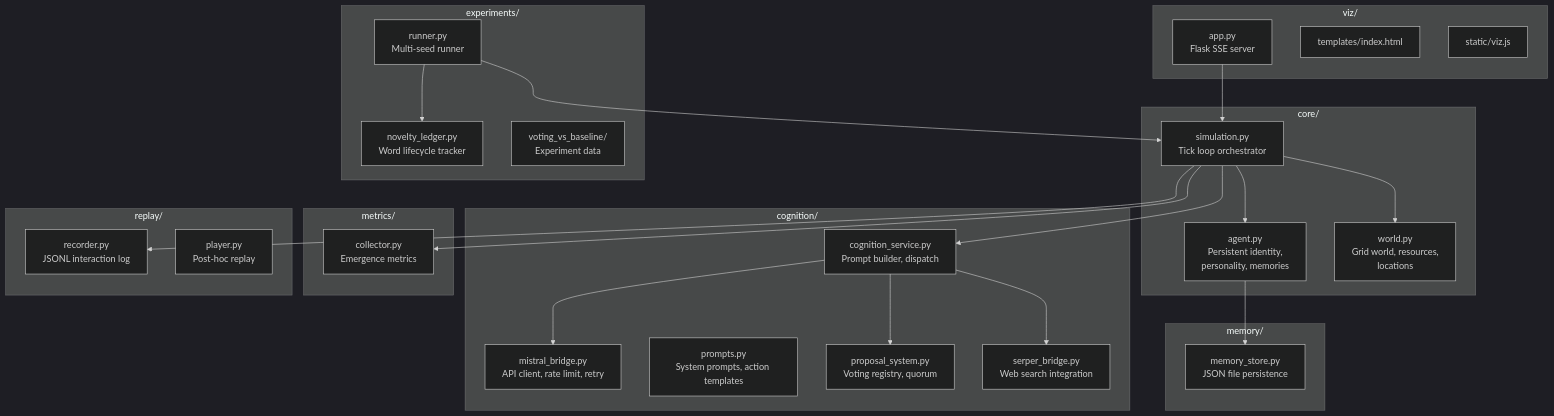
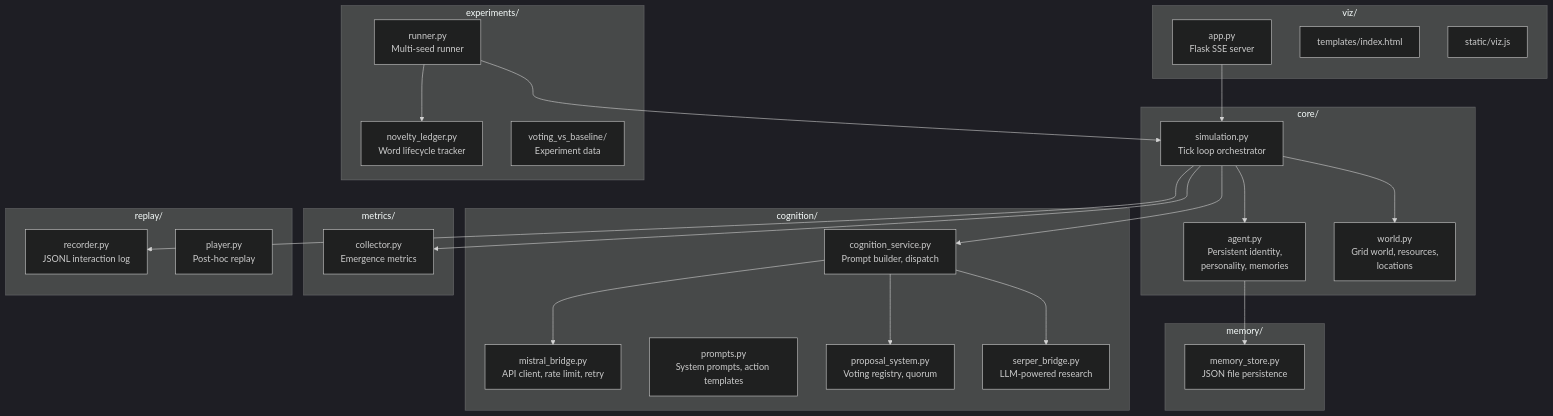
The first of 2 diagrams in README.md (NullLabTests/emergence_observatory), drawn with Mermaid (dark theme) before and after one commit. The commit also changed other lines of this file and 12 other files, not shown here.

Commit message:
Replace Serper with LLM-native research, add test suite (17 tests), bump defaults, add stats to runner, fix README

````diff
--- a/README.md
+++ b/README.md
@@ -132,48 +132,48 @@
 ```mermaid
 flowchart TB
     subgraph Core["core/"]
         AG[agent.py<br/>Persistent identity,<br/>personality, memories]
         WO[world.py<br/>Grid world, resources,<br/>locations]
         SI[simulation.py<br/>Tick loop orchestrator]
     end
 
     subgraph Cognition["cognition/"]
         MB[mistral_bridge.py<br/>API client, rate limit, retry]
         CS[cognition_service.py<br/>Prompt builder, dispatch]
         PR[prompts.py<br/>System prompts, action templates]
         PS[proposal_system.py<br/>Voting registry, quorum]
-        SB[serper_bridge.py<br/>Web search integration]
+        SB[serper_bridge.py<br/>LLM-powered research]
     end
 
     subgraph Memory["memory/"]
         MS[memory_store.py<br/>JSON file persistence]
     end
 
     subgraph Metrics["metrics/"]
         MC[collector.py<br/>Emergence metrics]
     end
 
     subgraph Replay["replay/"]
         RC[recorder.py<br/>JSONL interaction log]
         PL[player.py<br/>Post-hoc replay]
     end
 
     subgraph Experiments["experiments/"]
         RN[runner.py<br/>Multi-seed runner]
         NL[novelty_ledger.py<br/>Word lifecycle tracker]
         VB[voting_vs_baseline/<br/>Experiment data]
     end
 
     subgraph Viz["viz/"]
         AP[app.py<br/>Flask SSE server]
         TP[templates/index.html]
         SV[static/viz.js]
     end
 
     SI --> AG & WO & CS
     CS --> MB & PS & SB
     SI --> MC & RC
     AG --> MS
     RN --> SI & NL
     AP --> SI
 ```
````
